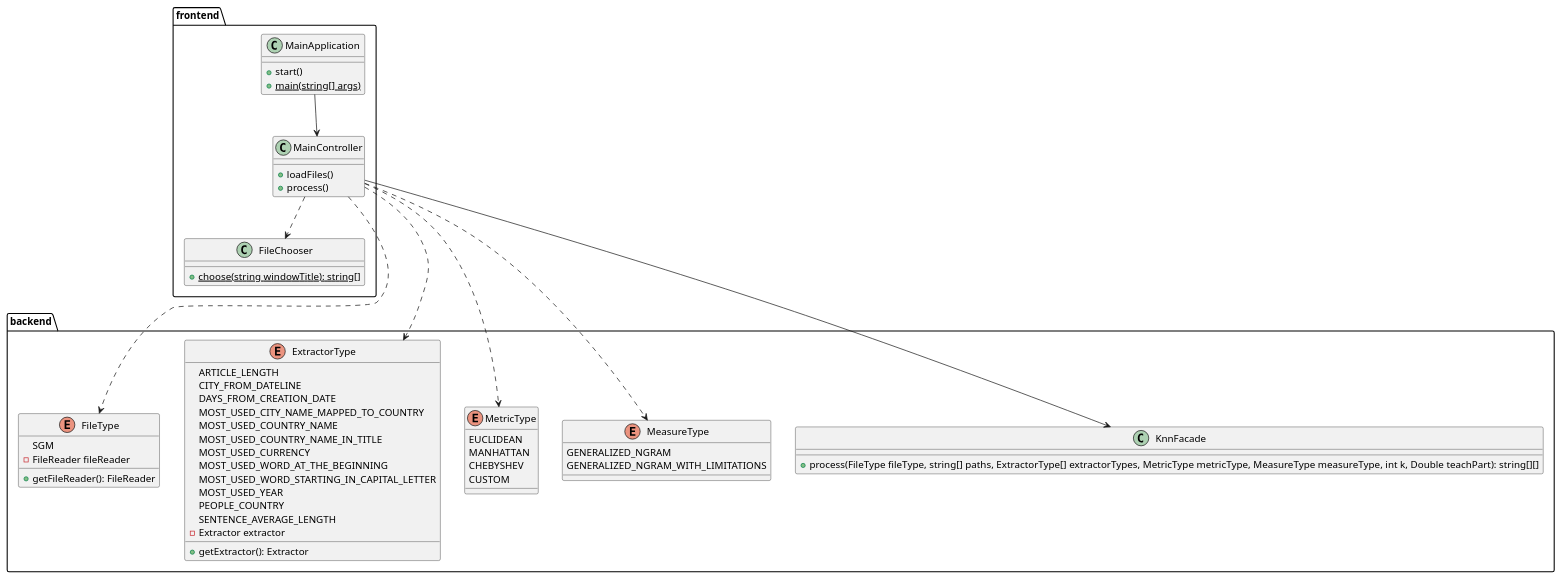
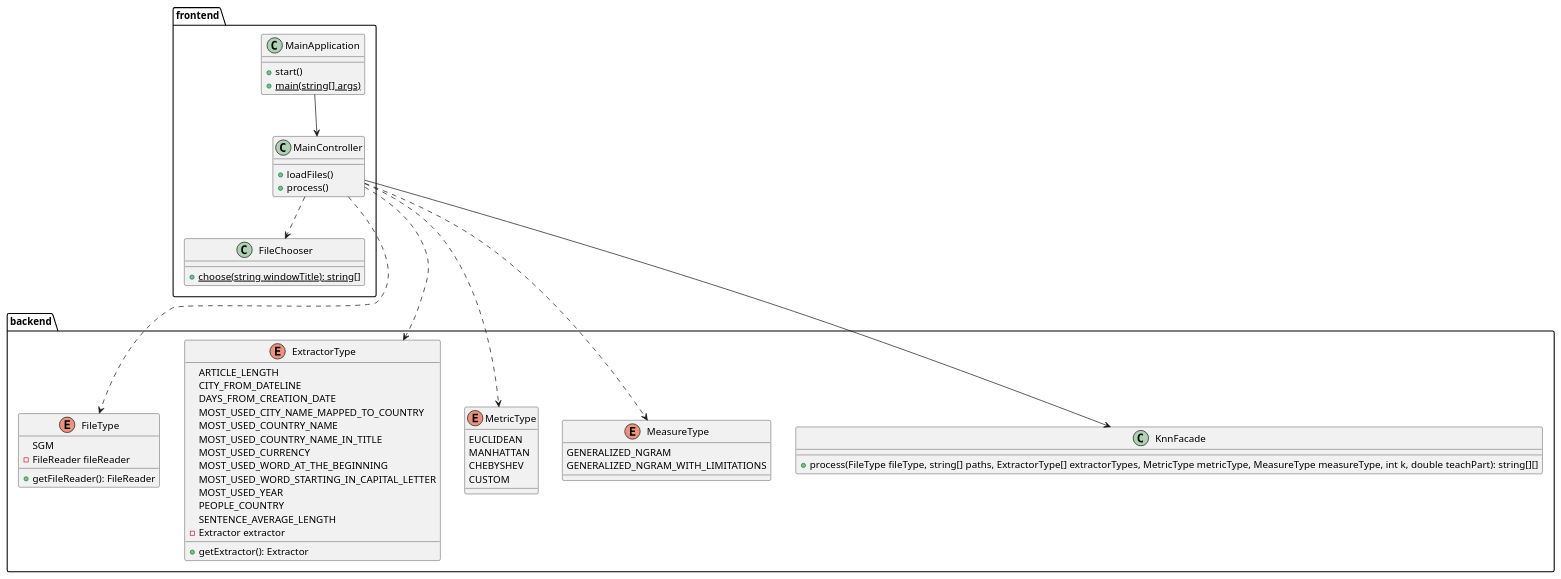
The second of 10 diagrams in README.md (kambed/Computer-Recognition-Systems), drawn with PlantUML before and after one commit. The commit also changed other lines of this file, not shown here.

Commit message:
Replace Double with double

````diff
--- a/README.md
+++ b/README.md
@@ -29,58 +29,58 @@
 ```plantuml
 package frontend {
     class MainApplication {
         + start()
         + {static} main(string[] args)
     }
     class MainController {
         + loadFiles()
         + process()
     }
     class FileChooser {
         + {static} choose(string windowTitle): string[]
     }
     MainController ..> FileChooser
     MainApplication --> MainController
 }
 package backend {
     enum FileType {
         SGM
         - FileReader fileReader
         + getFileReader(): FileReader
     }
     enum ExtractorType {
         ARTICLE_LENGTH
         CITY_FROM_DATELINE
         DAYS_FROM_CREATION_DATE
         MOST_USED_CITY_NAME_MAPPED_TO_COUNTRY
         MOST_USED_COUNTRY_NAME
         MOST_USED_COUNTRY_NAME_IN_TITLE
         MOST_USED_CURRENCY
         MOST_USED_WORD_AT_THE_BEGINNING
         MOST_USED_WORD_STARTING_IN_CAPITAL_LETTER
         MOST_USED_YEAR
         PEOPLE_COUNTRY
         SENTENCE_AVERAGE_LENGTH
         - Extractor extractor
         + getExtractor(): Extractor
     }
     enum MetricType {
         EUCLIDEAN
         MANHATTAN
         CHEBYSHEV
         CUSTOM
     }
     enum MeasureType {
         GENERALIZED_NGRAM
         GENERALIZED_NGRAM_WITH_LIMITATIONS
     }
     class KnnFacade {
-        + process(FileType fileType, string[] paths, ExtractorType[] extractorTypes, MetricType metricType, MeasureType measureType, int k, Double teachPart): string[][]
+        + process(FileType fileType, string[] paths, ExtractorType[] extractorTypes, MetricType metricType, MeasureType measureType, int k, double teachPart): string[][]
     }
 }
 MainController ---> KnnFacade
 MainController ..> FileType
 MainController ..> MetricType
 MainController ..> MeasureType
 MainController ..> ExtractorType
 ```
````
